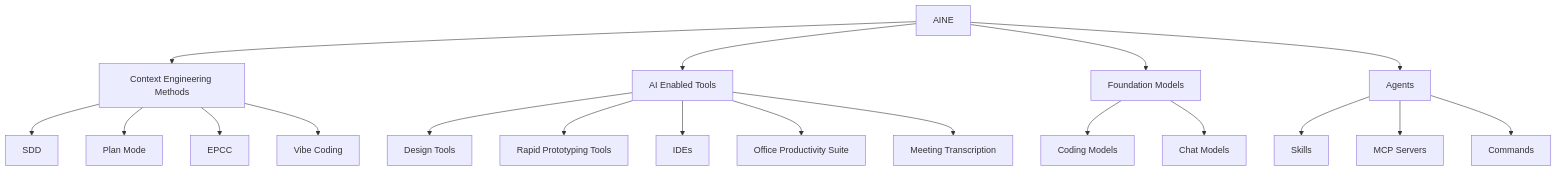
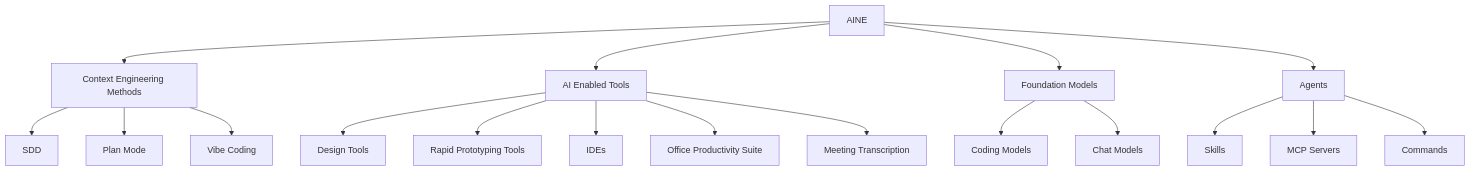
One commit to nearform/aine-ref-arch changed the first of 3 diagrams in README.md. Above: the diagram before and after it, drawn with Mermaid. The commit also changed other lines of this file, not shown here.

````diff
--- a/README.md
+++ b/README.md
@@ -55,26 +54,25 @@
 ```mermaid
 graph TD
   AINE[AINE]
 
   AINE --> CE[Context Engineering Methods]
   AINE --> DT[AI Enabled Tools]
   AINE --> FM[Foundation Models]
   AINE --> AG[Agents]
 
   CE --> SDD[SDD]
   CE --> PM[Plan Mode]
-  CE --> EPCC[EPCC]
   CE --> VC[Vibe Coding]
 
   DT --> DST[Design Tools]
   DT --> RT[Rapid Prototyping Tools]
   DT --> IDE[IDEs]
   DT --> OP[Office Productivity Suite]
   DT --> MT[Meeting Transcription]
   FM --> CM[Coding Models]
   FM --> CS[Chat Models]
 
   AG --> SK[Skills]
   AG --> MC[MCP Servers]
   AG --> AC[Commands]
 ```
````
